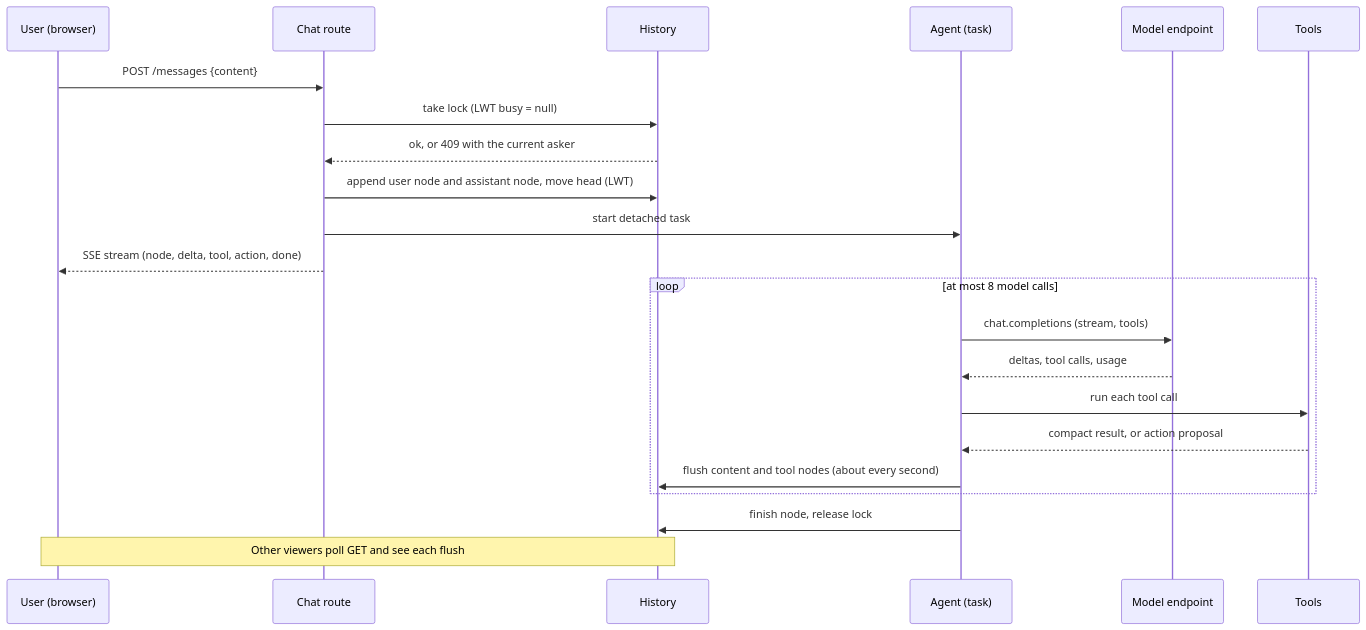
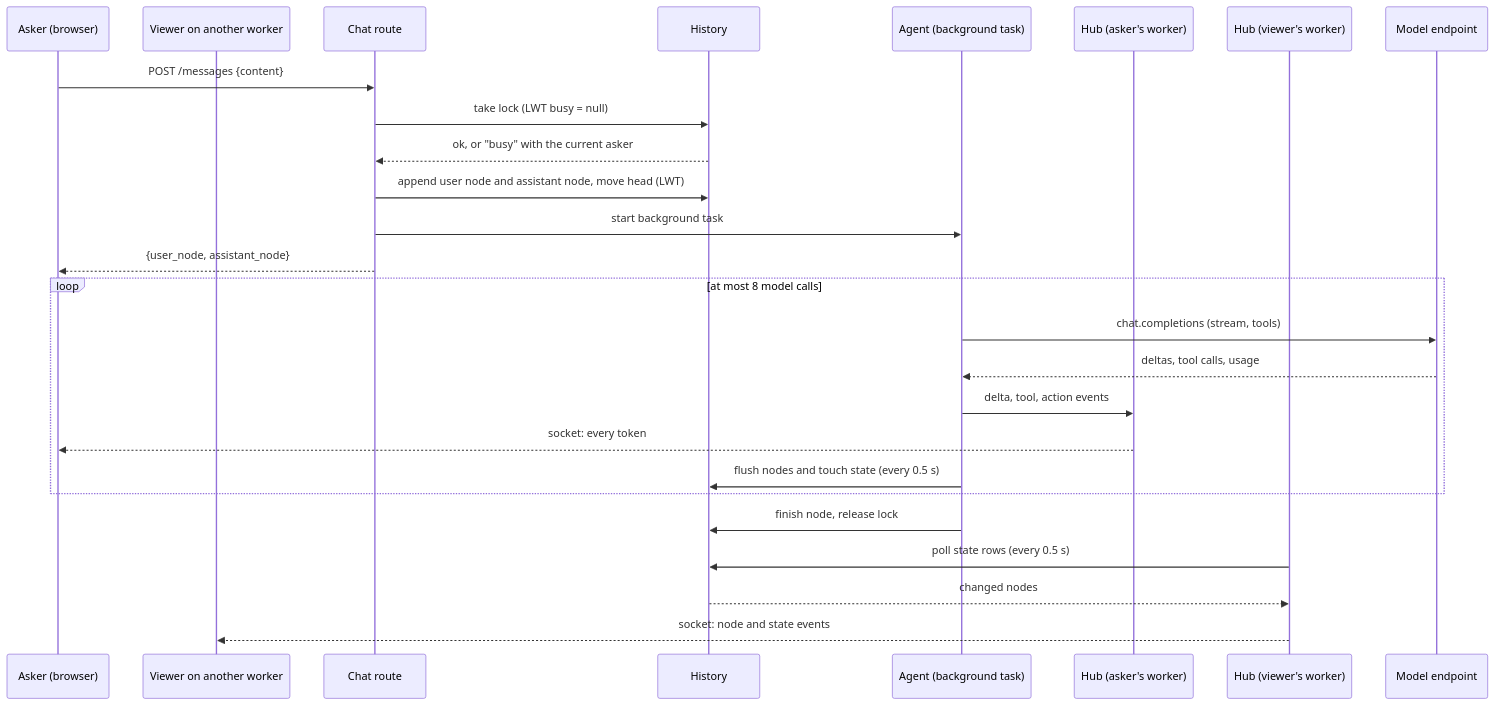
Before and after one commit to scylladb/argus: the first of 3 diagrams in tasks/QATOOLS-617/spec.md, drawn with Mermaid. The commit also changed other lines of this file and 1 other file, not shown here.

````diff
--- a/tasks/QATOOLS-617/spec.md
+++ b/tasks/QATOOLS-617/spec.md
@@ -61,24 +66,28 @@
 ```mermaid
 sequenceDiagram
-    participant U as User (browser)
+    participant U as Asker (browser)
+    participant V as Viewer on another worker
     participant R as Chat route
     participant H as History
-    participant A as Agent (task)
+    participant A as Agent (background task)
+    participant B as Hub (asker's worker)
+    participant W as Hub (viewer's worker)
     participant M as Model endpoint
-    participant T as Tools
     U->>R: POST /messages {content}
     R->>H: take lock (LWT busy = null)
-    H-->>R: ok, or 409 with the current asker
+    H-->>R: ok, or "busy" with the current asker
     R->>H: append user node and assistant node, move head (LWT)
-    R->>A: start detached task
-    R-->>U: SSE stream (node, delta, tool, action, done)
+    R->>A: start background task
+    R-->>U: {user_node, assistant_node}
     loop at most 8 model calls
         A->>M: chat.completions (stream, tools)
         M-->>A: deltas, tool calls, usage
-        A->>T: run each tool call
-        T-->>A: compact result, or action proposal
-        A->>H: flush content and tool nodes (about every second)
+        A->>B: delta, tool, action events
+        B-->>U: socket: every token
+        A->>H: flush nodes and touch state (every 0.5 s)
     end
     A->>H: finish node, release lock
-    Note over U,H: Other viewers poll GET and see each flush
+    W->>H: poll state rows (every 0.5 s)
+    H-->>W: changed nodes
+    W-->>V: socket: node and state events
 ```
````
